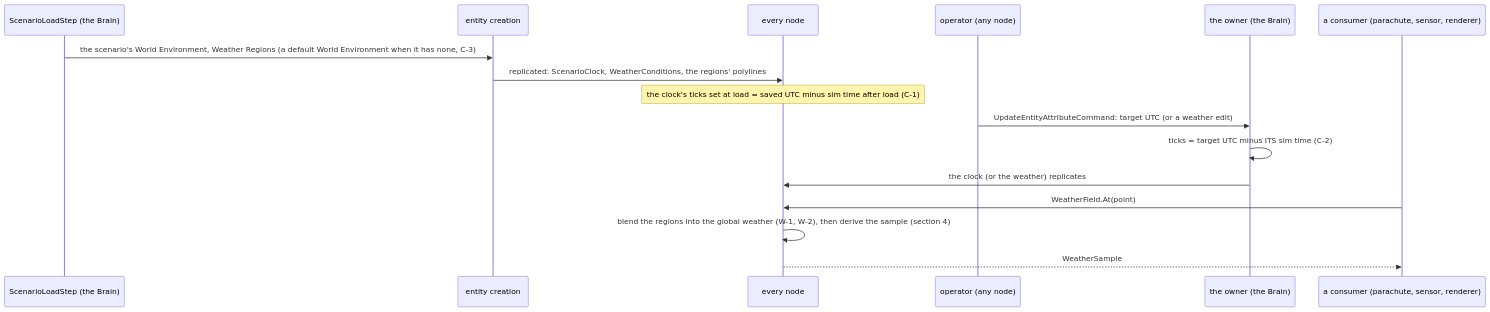
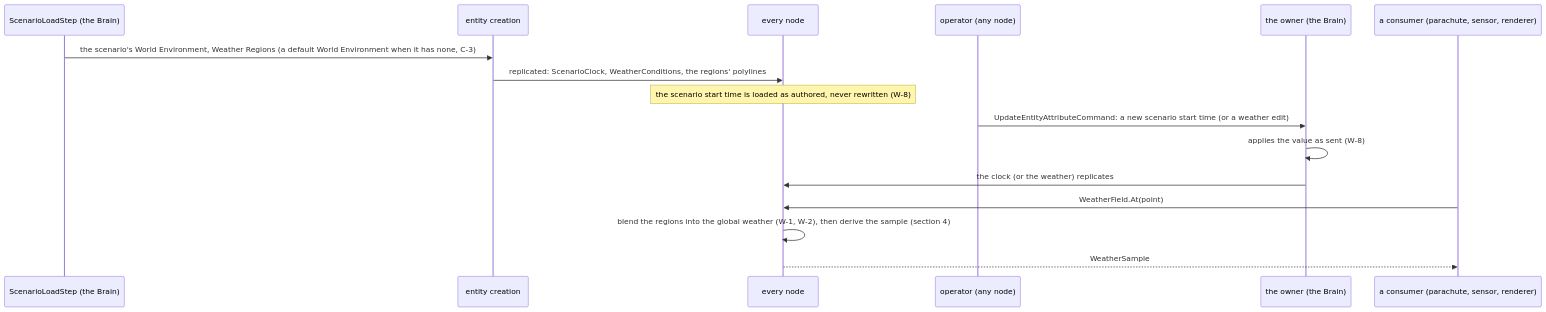
The second of 3 diagrams in docs/designs/weather/DESIGN_Weather_And_Time.md (pjanec/HROT), drawn with Mermaid before and after one commit. The commit also changed other lines of this file and 1 other file, not shown here.

First line of the commit message:
Weather design: W-8 - the clock is the authored scenario start time (Details view, saved as authored, never from the wall clock; a runtime change sets a new start time); C-1/C-2 superseded; R-3012 updated

````diff
--- a/docs/designs/weather/DESIGN_Weather_And_Time.md
+++ b/docs/designs/weather/DESIGN_Weather_And_Time.md
@@ -98,18 +100,18 @@
 ```mermaid
 sequenceDiagram
     participant L as ScenarioLoadStep (the Brain)
     participant C as entity creation
     participant N as every node
     participant O as operator (any node)
     participant A as the owner (the Brain)
     participant U as a consumer (parachute, sensor, renderer)
     L->>C: the scenario's World Environment, Weather Regions (a default World Environment when it has none, C-3)
     C->>N: replicated: ScenarioClock, WeatherConditions, the regions' polylines
-    Note over N: the clock's ticks set at load = saved UTC minus sim time after load (C-1)
-    O->>A: UpdateEntityAttributeCommand: target UTC (or a weather edit)
-    A->>A: ticks = target UTC minus ITS sim time (C-2)
+    Note over N: the scenario start time is loaded as authored, never rewritten (W-8)
+    O->>A: UpdateEntityAttributeCommand: a new scenario start time (or a weather edit)
+    A->>A: applies the value as sent (W-8)
     A->>N: the clock (or the weather) replicates
     U->>N: WeatherField.At(point)
     N->>N: blend the regions into the global weather (W-1, W-2), then derive the sample (section 4)
     N-->>U: WeatherSample
 ```
````
